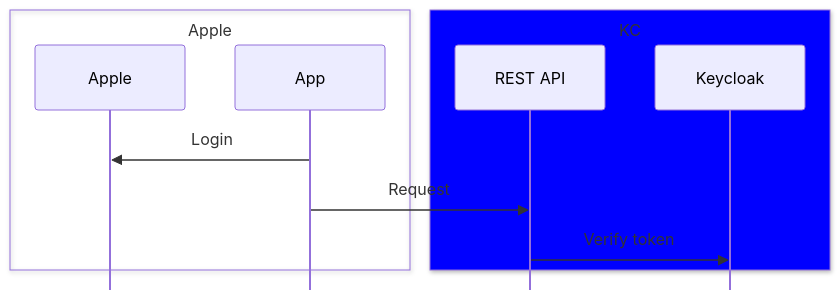
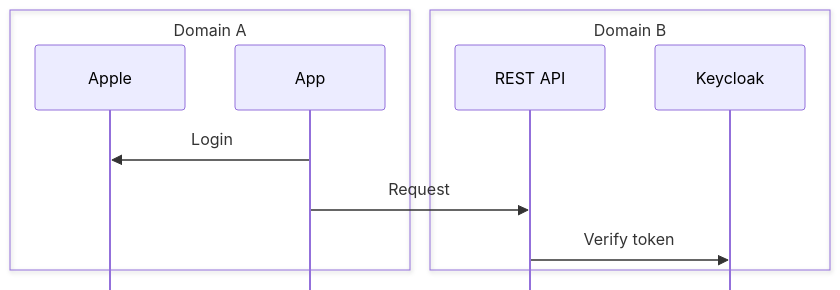
Before and after one commit to stianst/playground: the first of 2 diagrams in seq/usecases.md, drawn with Mermaid. The commit also changed other lines of this file, not shown here.

````diff
--- a/seq/usecases.md
+++ b/seq/usecases.md
@@ -5,18 +5,18 @@
 ```mermaid
 ---
 config:
     mirrorActors: false
 ---
 sequenceDiagram
-    box Apple
+    box Domain A
     participant Apple as Apple
     participant App as App
     end
-    box Blue KC
+    box Domain B
     participant RS as REST API
     participant KC as Keycloak
     end
     App->>Apple: Login
     App->>RS: Request
     RS->>KC: Verify token
 ```
````
